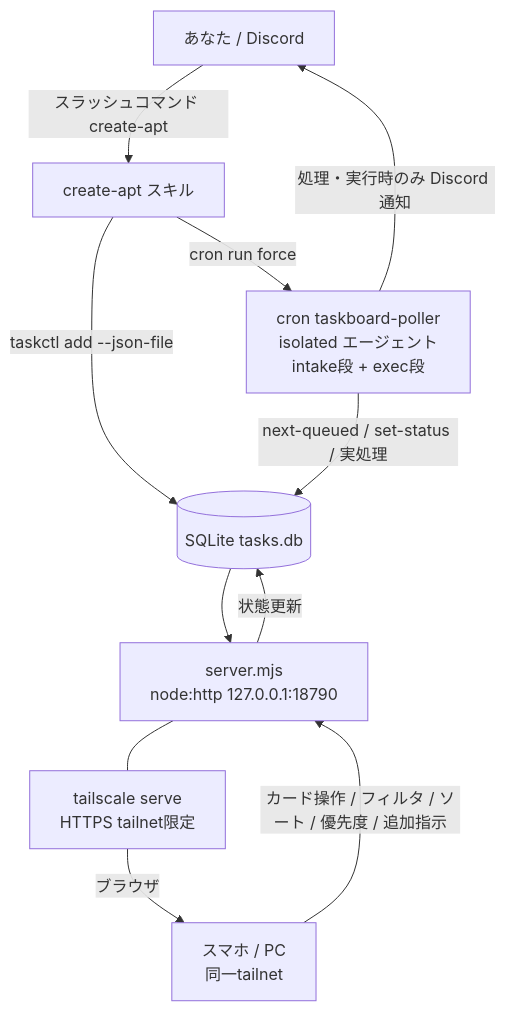
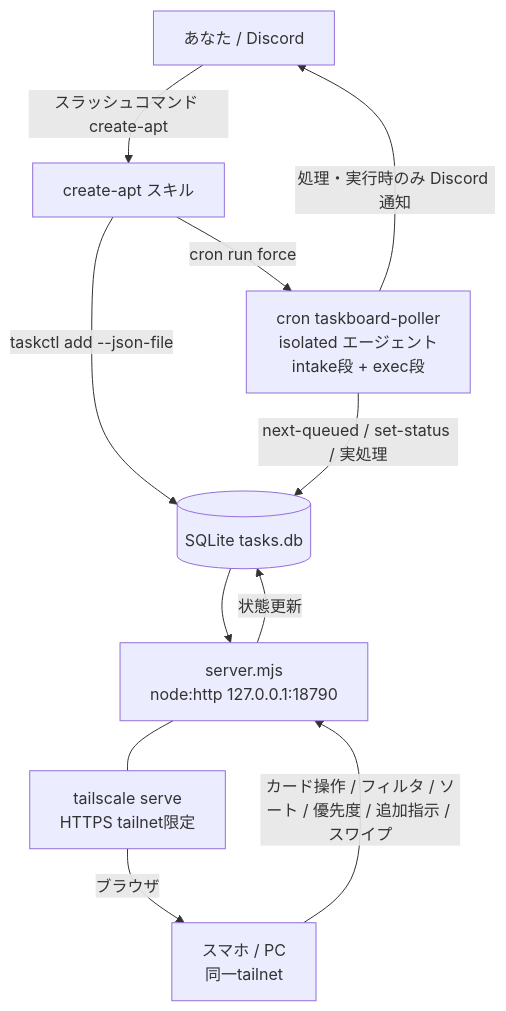
The first of 2 diagrams in docs/openclaw/014_DONE_SETUP_task-board.md (TakahitoSuzukiii/public-openclaw-01), drawn with Mermaid before and after one commit. The commit also changed other lines of this file, not shown here.

````diff
--- a/docs/openclaw/014_DONE_SETUP_task-board.md
+++ b/docs/openclaw/014_DONE_SETUP_task-board.md
@@ -43,13 +43,13 @@
 ```mermaid
 flowchart TD
     U["あなた / Discord"] -->|スラッシュコマンド create-apt| SKILL["create-apt スキル"]
     SKILL -->|taskctl add --json-file| DB[("SQLite tasks.db")]
     SKILL -->|cron run force| POLL["cron taskboard-poller<br/>isolated エージェント<br/>intake段 + exec段"]
     POLL -->|next-queued / set-status / 実処理| DB
     POLL -->|処理・実行時のみ Discord 通知| U
     DB --> SRV["server.mjs<br/>node:http 127.0.0.1:18790"]
     SRV --- SERVE["tailscale serve<br/>HTTPS tailnet限定"]
     SERVE -->|ブラウザ| DEV["スマホ / PC<br/>同一tailnet"]
-    DEV -->|カード操作 / フィルタ / ソート / 優先度 / 追加指示| SRV
+    DEV -->|カード操作 / フィルタ / ソート / 優先度 / 追加指示 / スワイプ| SRV
     SRV -->|状態更新| DB
 ```
````
